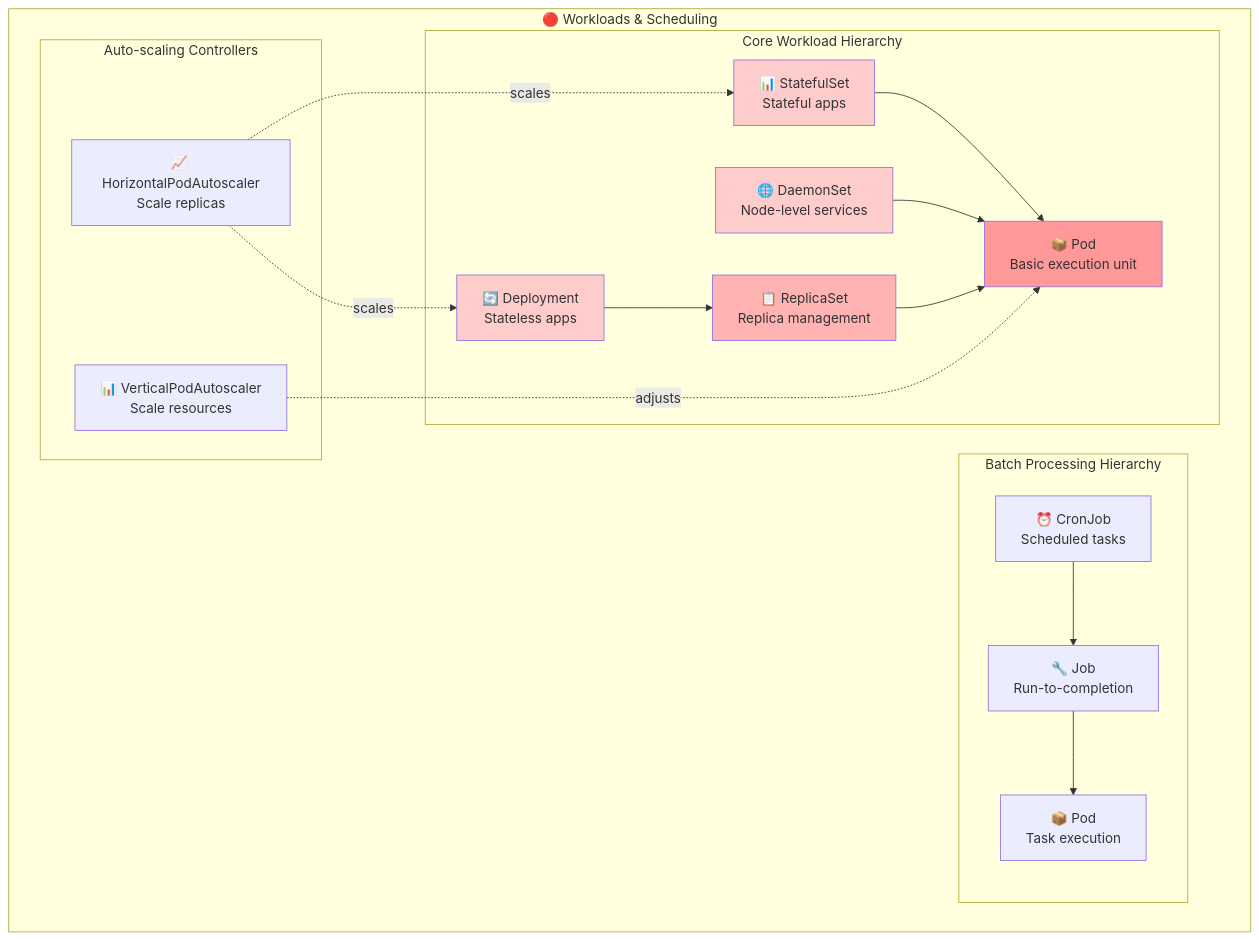
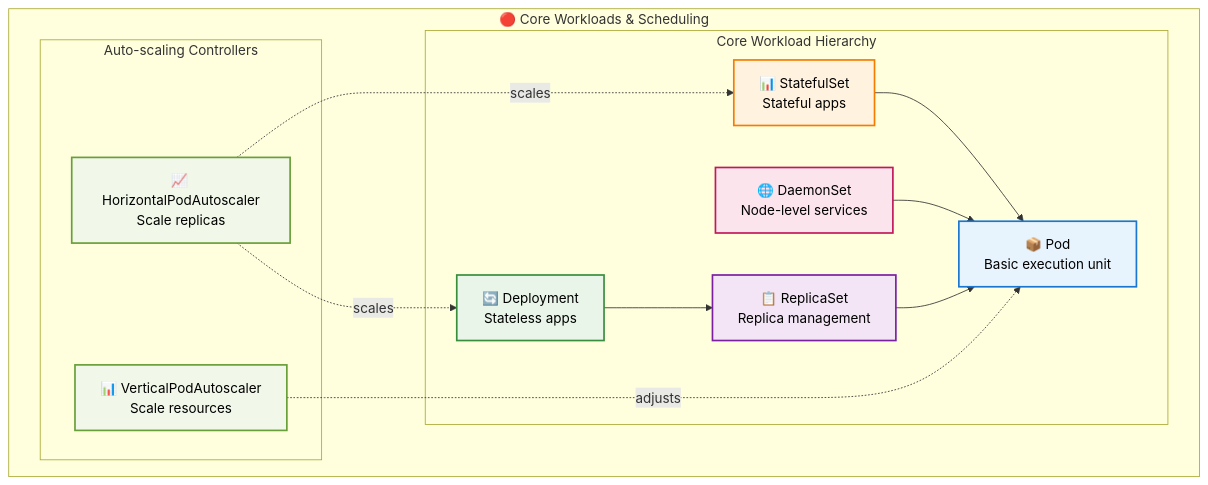
The first of 8 diagrams in 1.4_distributed_systems/kubernetes_developer_guide.md (razkevich/system_design_course), drawn with Mermaid before and after one commit. The commit also changed other lines of this file, not shown here.

````diff
--- a/1.4_distributed_systems/kubernetes_developer_guide.md
+++ b/1.4_distributed_systems/kubernetes_developer_guide.md
@@ -9,43 +9,36 @@
 ```mermaid
 flowchart TD
-    subgraph "🔴 Workloads & Scheduling"
+    subgraph "🔴 Core Workloads & Scheduling"
         
         subgraph "Core Workload Hierarchy"
             Deployment["🔄 Deployment<br/>Stateless apps"]
             StatefulSet["📊 StatefulSet<br/>Stateful apps"]
             DaemonSet["🌐 DaemonSet<br/>Node-level services"]
             
             ReplicaSet["📋 ReplicaSet<br/>Replica management"]
             Pod["📦 Pod<br/>Basic execution unit"]
             
             Deployment --> ReplicaSet
             StatefulSet --> Pod
             DaemonSet --> Pod
             ReplicaSet --> Pod
         end
         
-        subgraph "Batch Processing Hierarchy"
-            CronJob["⏰ CronJob<br/>Scheduled tasks"]
-            Job["🔧 Job<br/>Run-to-completion"]
-            BatchPod["📦 Pod<br/>Task execution"]
-            
-            CronJob --> Job
-            Job --> BatchPod
-        end
-        
         subgraph "Auto-scaling Controllers"
             HPA["📈 HorizontalPodAutoscaler<br/>Scale replicas"]
             VPA["📊 VerticalPodAutoscaler<br/>Scale resources"]
             
             HPA -.->|"scales"| Deployment
             HPA -.->|"scales"| StatefulSet
             VPA -.->|"adjusts"| Pod
         end
     end
     
-    style Pod fill:#ff9999
-    style ReplicaSet fill:#ffb3b3
-    style Deployment fill:#ffcccc
-    style StatefulSet fill:#ffcccc
-    style DaemonSet fill:#ffcccc
+    style Pod fill:#e8f4fd,stroke:#1976d2,stroke-width:2px,color:#000
+    style ReplicaSet fill:#f3e5f5,stroke:#7b1fa2,stroke-width:2px,color:#000
+    style Deployment fill:#e8f5e8,stroke:#388e3c,stroke-width:2px,color:#000
+    style StatefulSet fill:#fff3e0,stroke:#f57c00,stroke-width:2px,color:#000
+    style DaemonSet fill:#fce4ec,stroke:#c2185b,stroke-width:2px,color:#000
+    style HPA fill:#f1f8e9,stroke:#689f38,stroke-width:2px,color:#000
+    style VPA fill:#f1f8e9,stroke:#689f38,stroke-width:2px,color:#000
 ```
````
